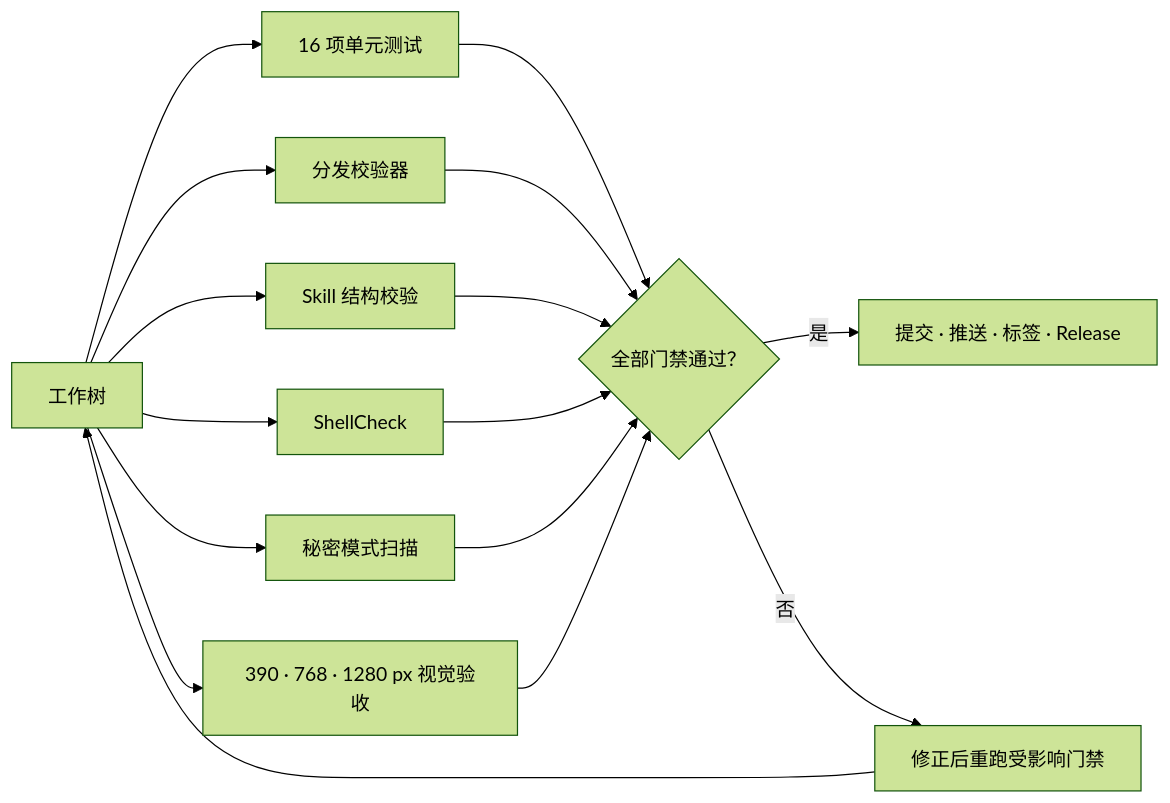
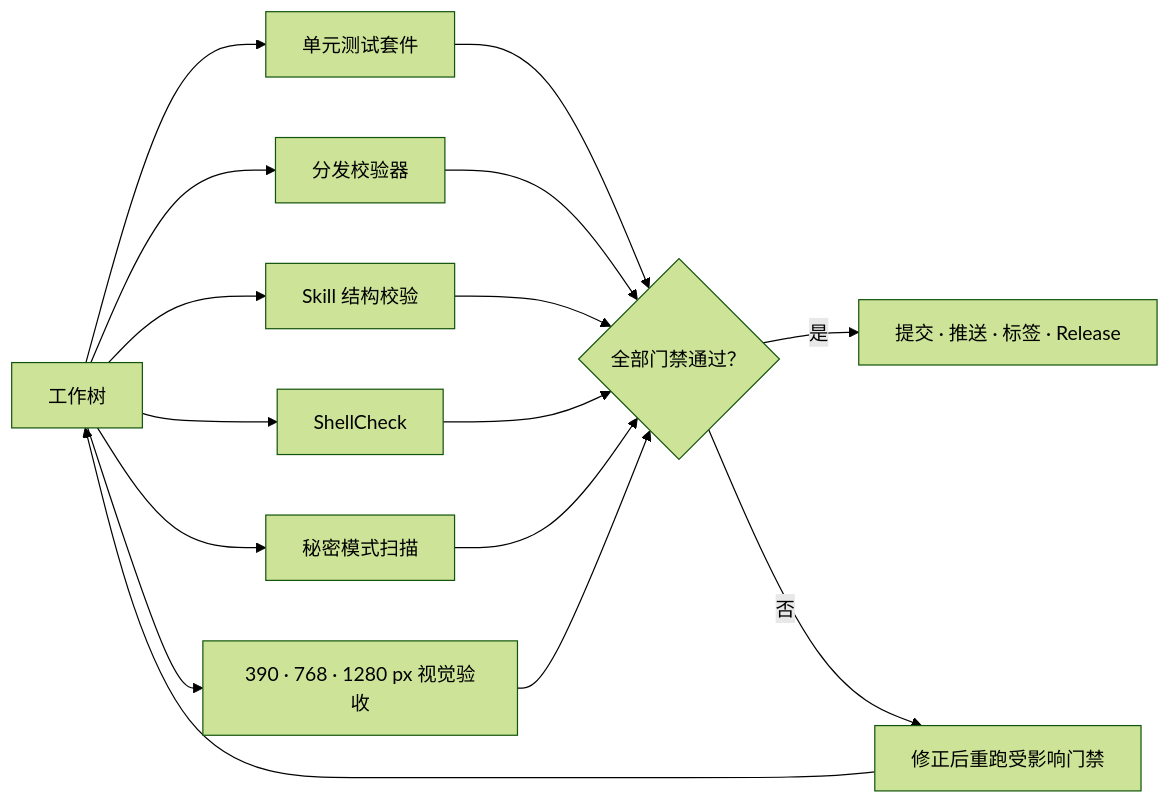
Before and after one commit to full-stack-plugins/stitch-design-plugin: the sixth of 6 diagrams in docs/Stitch-Design-Technical-Solution.zh_CN.md, drawn with Mermaid (forest theme). The commit also changed other lines of this file and 13 other files, not shown here.

````diff
--- a/docs/Stitch-Design-Technical-Solution.zh_CN.md
+++ b/docs/Stitch-Design-Technical-Solution.zh_CN.md
@@ -147,18 +147,18 @@
 ```mermaid
 flowchart LR
-    Source["工作树"] --> Unit["16 项单元测试"]
+    Source["工作树"] --> Unit["单元测试套件"]
     Source --> Dist["分发校验器"]
     Source --> Skill["Skill 结构校验"]
     Source --> Shell["ShellCheck"]
     Source --> Secrets["秘密模式扫描"]
     Source --> Visual["390 · 768 · 1280 px 视觉验收"]
     Unit --> Gate{"全部门禁通过？"}
     Dist --> Gate
     Skill --> Gate
     Shell --> Gate
     Secrets --> Gate
     Visual --> Gate
     Gate -->|是| Publish["提交 · 推送 · 标签 · Release"]
     Gate -->|否| Fix["修正后重跑受影响门禁"]
     Fix --> Source
 ```
````
